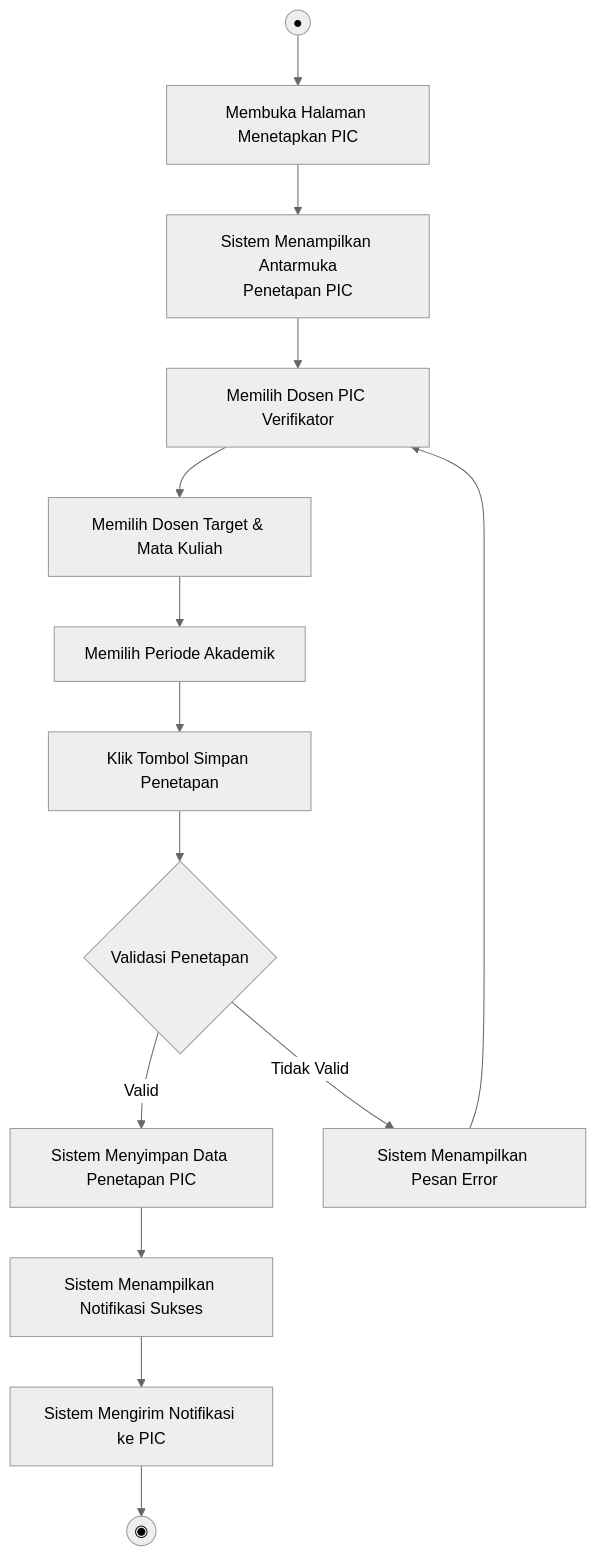
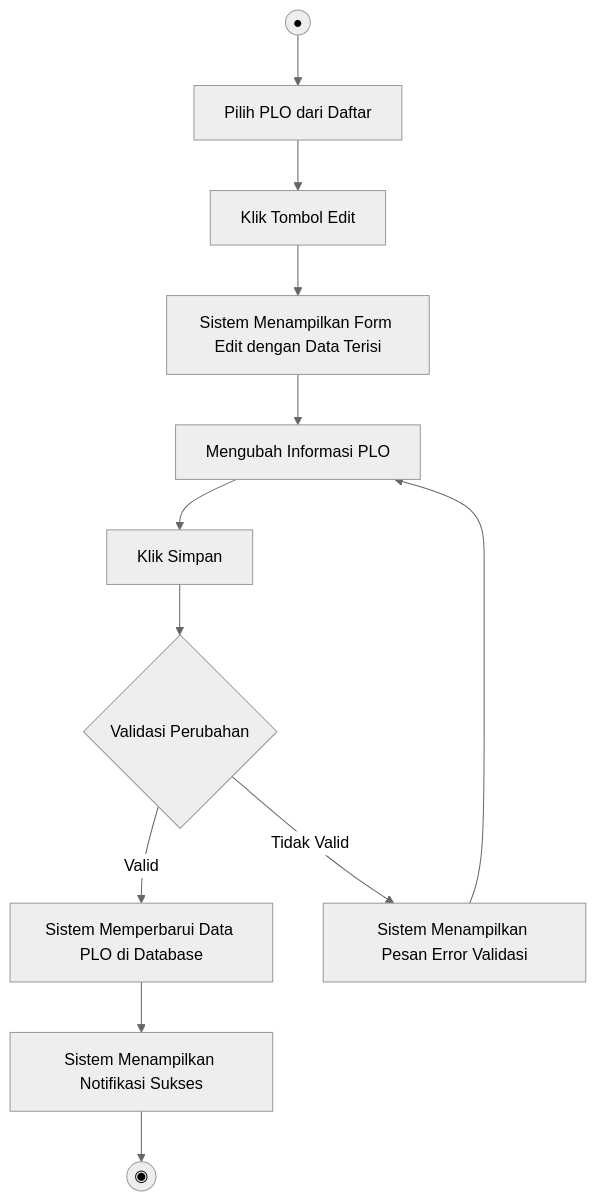
One commit to alexiusprst-tech/dashboard_verif changed diagram 13 of 32 in activity_diagrams.md. Above: the diagram before and after it, drawn with Mermaid (neutral theme). The commit also changed other lines of this file and 6 other files, not shown here.

Commit message:
ada beberapa perubahan : 1. penambahan PLO dan CLO.  2. Minor revisi di generate BA

````diff
--- a/activity_diagrams.md
+++ b/activity_diagrams.md
@@ -469,17 +237,14 @@
 ```mermaid
 flowchart TD
-    A(("●")) --> B["Membuka Halaman Menetapkan PIC"]
-    B --> C["Sistem Menampilkan Antarmuka\nPenetapan PIC"]
-    C --> D["Memilih Dosen PIC Verifikator"]
-    D --> E["Memilih Dosen Target & Mata Kuliah"]
-    E --> F["Memilih Periode Akademik"]
-    F --> G["Klik Tombol Simpan Penetapan"]
-    G --> H{"Validasi Penetapan"}
-    H -->|Valid| I["Sistem Menyimpan Data Penetapan PIC"]
-    I --> J["Sistem Menampilkan Notifikasi Sukses"]
-    J --> K["Sistem Mengirim Notifikasi ke PIC"]
-    H -->|Tidak Valid| L["Sistem Menampilkan Pesan Error"]
-    L --> D
-
-    K --> Z(("◉"))
+    Start(("●")) --> SelectPLO["Pilih PLO dari Daftar"]
+    SelectPLO --> ClickEdit["Klik Tombol Edit"]
+    ClickEdit --> ShowForm["Sistem Menampilkan Form Edit dengan Data Terisi"]
+    ShowForm --> UpdateData["Mengubah Informasi PLO"]
+    UpdateData --> ClickSave["Klik Simpan"]
+    ClickSave --> Validate{"Validasi Perubahan"}
+    Validate -->|Valid| UpdateDB["Sistem Memperbarui Data PLO di Database"]
+    UpdateDB --> ShowSuccess["Sistem Menampilkan Notifikasi Sukses"]
+    Validate -->|Tidak Valid| ShowError["Sistem Menampilkan Pesan Error Validasi"]
+    ShowError --> UpdateData
+    ShowSuccess --> End(("◉"))
 ```
````
